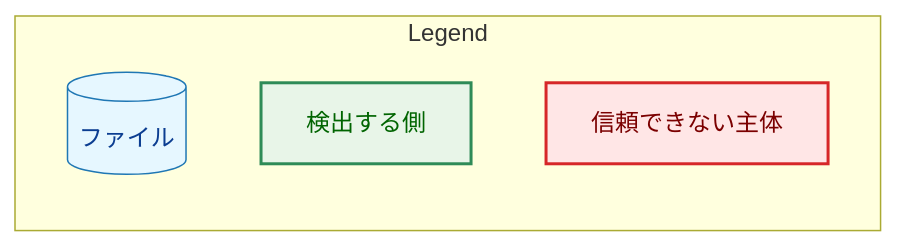
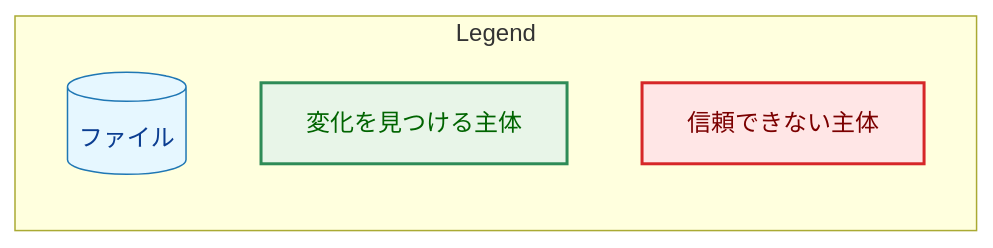
One commit to isseis/yt2column changed the seventh of 11 diagrams in docs/tasks/0034_fixprguard_ignored_files/02_architecture.md. Above: the diagram before and after it, drawn with Mermaid. The commit also changed other lines of this file and 1 other file, not shown here.

First line of the commit message:
docs(0034): address architecture review findings and polish prose

````diff
--- a/docs/tasks/0034_fixprguard_ignored_files/02_architecture.md
+++ b/docs/tasks/0034_fixprguard_ignored_files/02_architecture.md
@@ -452,14 +556,14 @@
 ```mermaid
 flowchart LR
     classDef data fill:#e6f7ff,stroke:#1f77b4,stroke-width:1px,color:#0b3d91;
     classDef enhanced fill:#e8f5e8,stroke:#2e8b57,stroke-width:2px,color:#006400;
     classDef problem fill:#ffe6e6,stroke:#d62728,stroke-width:2px,color:#7b0000;
     subgraph Legend
         L1[("ファイル")]
-        L2["検出する側"]
+        L2["変化を見つける主体"]
         L3["信頼できない主体"]
     end
     class L1 data
     class L2 enhanced
     class L3 problem
 ```
````
